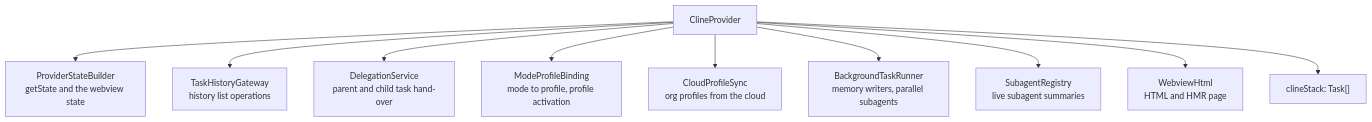
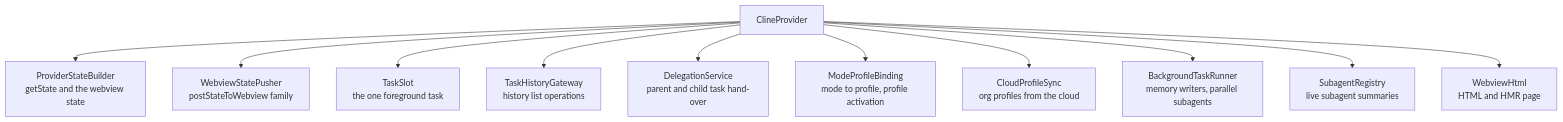
The second of 3 diagrams in docs/02-extension-host.md (krzychdre/Tumble-Code), drawn with Mermaid before and after one commit. The commit also changed other lines of this file and 30 other files, not shown here.

First line of the commit message:
S1: extract WebviewStatePusher and TaskSlot from ClineProvider (#557)

````diff
--- a/docs/02-extension-host.md
+++ b/docs/02-extension-host.md
@@ -45,13 +45,14 @@
 ```mermaid
 graph TD
   CP[ClineProvider]
   CP --> SB[ProviderStateBuilder<br/>getState and the webview state]
+  CP --> SP[WebviewStatePusher<br/>postStateToWebview family]
+  CP --> TS[TaskSlot<br/>the one foreground task]
   CP --> HG[TaskHistoryGateway<br/>history list operations]
   CP --> DS[DelegationService<br/>parent and child task hand-over]
   CP --> MB[ModeProfileBinding<br/>mode to profile, profile activation]
   CP --> CS[CloudProfileSync<br/>org profiles from the cloud]
   CP --> BR[BackgroundTaskRunner<br/>memory writers, parallel subagents]
   CP --> SR[SubagentRegistry<br/>live subagent summaries]
   CP --> WH[WebviewHtml<br/>HTML and HMR page]
-  CP --> ST["clineStack: Task[]"]
 ```
````
